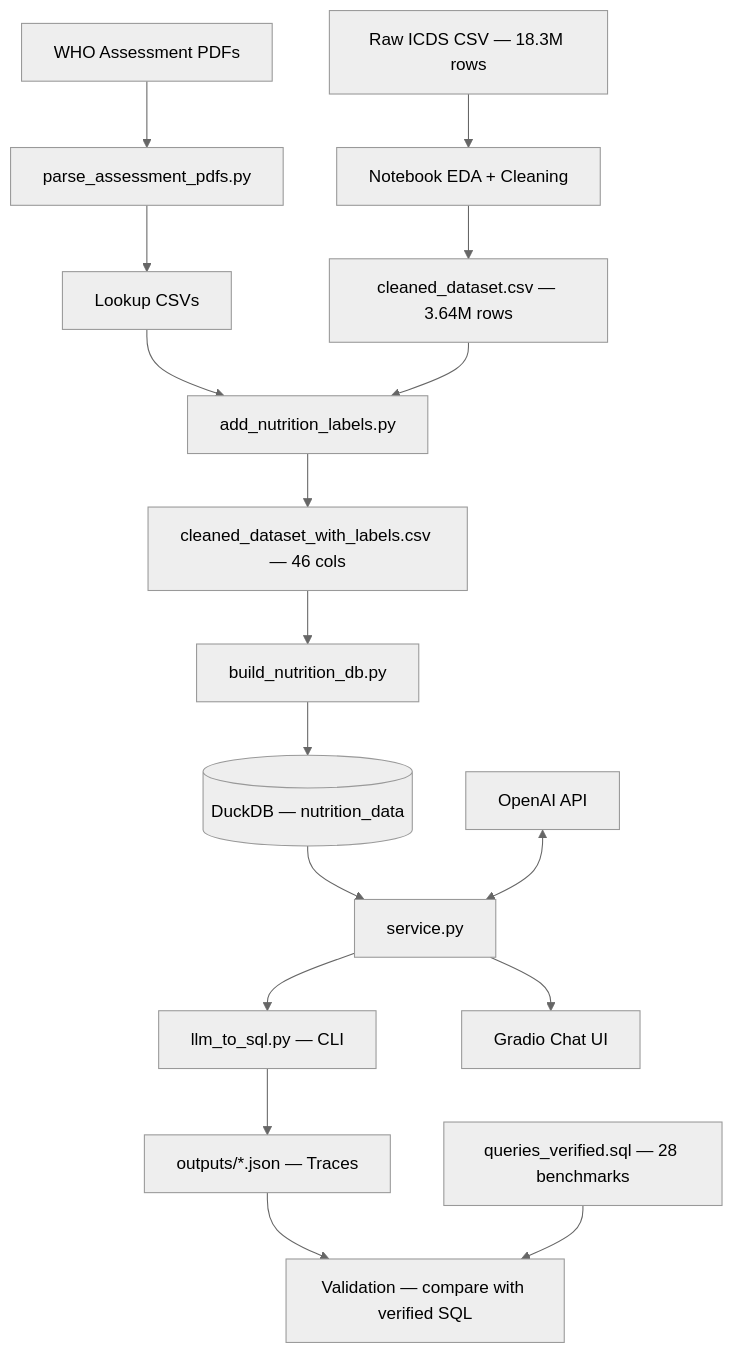
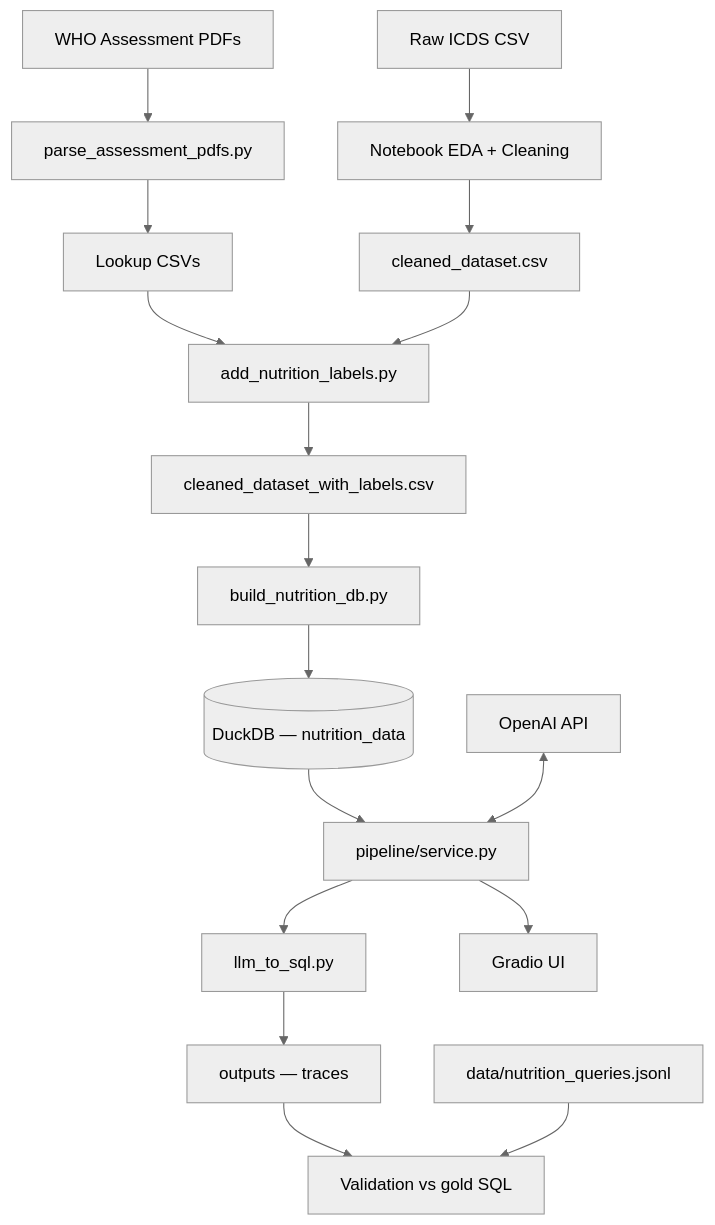
The first of 2 diagrams in docs/ProjectStatus.md (Hrsh-12/talk2data), drawn with Mermaid (neutral theme) before and after one commit. The commit also changed other lines of this file and 31 other files, not shown here.

````diff
--- a/docs/ProjectStatus.md
+++ b/docs/ProjectStatus.md
@@ -22,24 +48,23 @@
 ```mermaid
 flowchart TD
     A[WHO Assessment PDFs] --> B[parse_assessment_pdfs.py]
     B --> C[Lookup CSVs]
 
-    D[Raw ICDS CSV — 18.3M rows] --> E[Notebook EDA + Cleaning]
-    E --> F[cleaned_dataset.csv — 3.64M rows]
+    D[Raw ICDS CSV] --> E[Notebook EDA + Cleaning]
+    E --> F[cleaned_dataset.csv]
 
     C --> G[add_nutrition_labels.py]
     F --> G
-    G --> H[cleaned_dataset_with_labels.csv — 46 cols]
+    G --> H[cleaned_dataset_with_labels.csv]
 
     H --> I[build_nutrition_db.py]
     I --> J[(DuckDB — nutrition_data)]
 
-    J --> K[service.py]
+    J --> K[pipeline/service.py]
     L[OpenAI API] <--> K
-    K --> M[llm_to_sql.py — CLI]
-    K --> N[Gradio Chat UI]
-    M --> O[outputs/*.json — Traces]
-
-    O --> P[Validation — compare with verified SQL]
-    Q[queries_verified.sql — 28 benchmarks] --> P
+    K --> M[llm_to_sql.py]
+    K --> N[Gradio UI]
+    M --> O[outputs — traces]
+    O --> P[Validation vs gold SQL]
+    Q[data/nutrition_queries.jsonl] --> P
 ```
````
